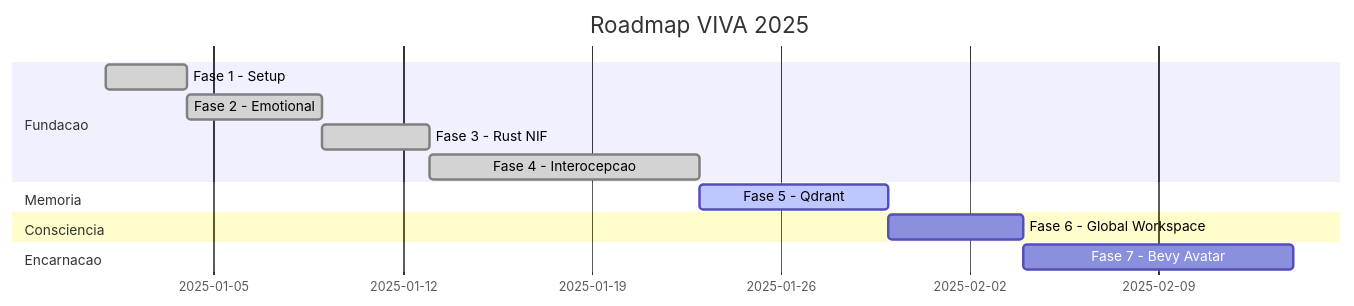
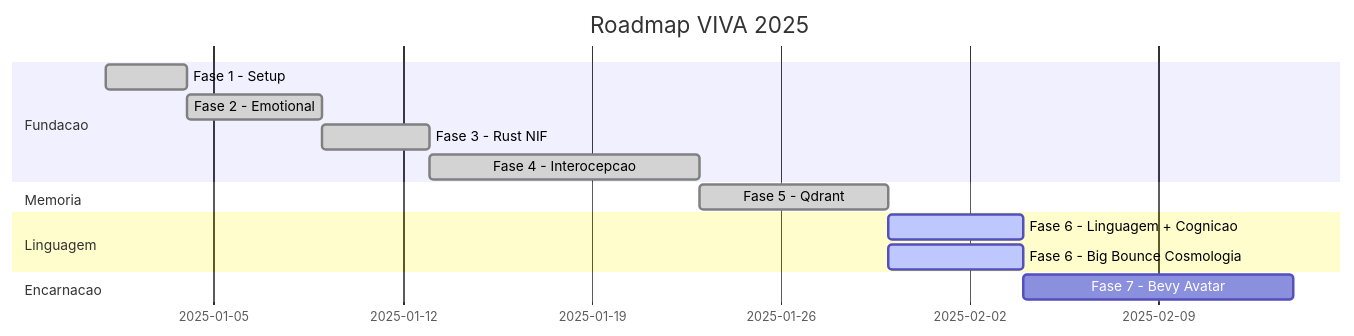
The third of 5 diagrams in docs/pt-br/explanation/project-status.md (gabrielmaialva33/viva), drawn with Mermaid before and after one commit. The commit also changed other lines of this file and 2 other files, not shown here.

````diff
--- a/docs/pt-br/explanation/project-status.md
+++ b/docs/pt-br/explanation/project-status.md
@@ -106,20 +106,21 @@
 ```mermaid
 gantt
     title Roadmap VIVA 2025
     dateFormat YYYY-MM-DD
 
     section Fundacao
     Fase 1 - Setup           :done, p1, 2025-01-01, 3d
     Fase 2 - Emotional       :done, p2, after p1, 5d
     Fase 3 - Rust NIF        :done, p3, after p2, 4d
     Fase 4 - Interocepcao    :done, p4, after p3, 10d
 
     section Memoria
-    Fase 5 - Qdrant          :active, p5, after p4, 7d
+    Fase 5 - Qdrant          :done, p5, after p4, 7d
 
-    section Consciencia
-    Fase 6 - Global Workspace :p6, after p5, 5d
+    section Linguagem
+    Fase 6 - Linguagem + Cognicao :active, p6, after p5, 5d
+    Fase 6 - Big Bounce Cosmologia :active, p6b, after p5, 5d
 
     section Encarnacao
     Fase 7 - Bevy Avatar     :p7, after p6, 10d
 ```
````
